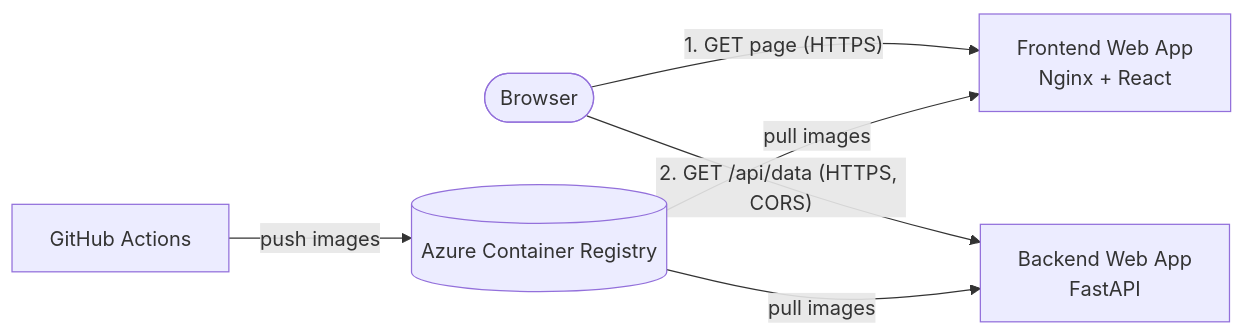
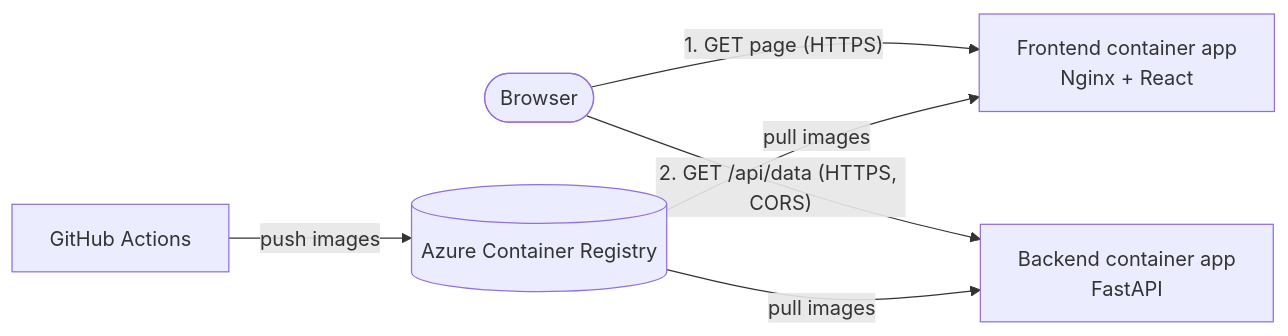
Before and after one commit to agi1clj/CC2026_DS_Applications: the diagram in README.md, drawn with Mermaid. The commit also changed other lines of this file and 10 other files, not shown here.

First line of the commit message:
feat(deploy): deploy to Azure Container Apps or App Service

````diff
--- a/README.md
+++ b/README.md
@@ -21,8 +21,8 @@
 ```mermaid
 flowchart LR
-    user([Browser]) -- "1. GET page (HTTPS)" --> fe["Frontend Web App<br/>Nginx + React"]
-    user -- "2. GET /api/data (HTTPS, CORS)" --> be["Backend Web App<br/>FastAPI"]
+    user([Browser]) -- "1. GET page (HTTPS)" --> fe["Frontend container app<br/>Nginx + React"]
+    user -- "2. GET /api/data (HTTPS, CORS)" --> be["Backend container app<br/>FastAPI"]
     gha[GitHub Actions] -- push images --> acr[(Azure Container Registry)]
     acr -- pull images --> fe
     acr -- pull images --> be
 ```
````
